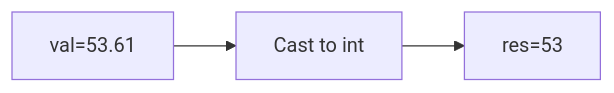
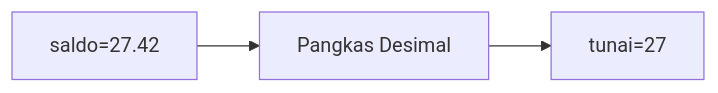
Diagram 16 of 25 in part-c-pemahaman-cpp/01-tipe-data/latihan/set-02.md (amnahwaida/OSNK_INF_PREP), drawn with Mermaid before and after one commit. The commit also changed other lines of this file and 71 other files, not shown here.

````diff
--- a/part-c-pemahaman-cpp/01-tipe-data/latihan/set-02.md
+++ b/part-c-pemahaman-cpp/01-tipe-data/latihan/set-02.md
@@ -430,5 +448,5 @@
 ```mermaid
 graph LR
-A["val=53.61"] --> B["Cast to int"]
-B --> C["res=53"]
+A["saldo=27.42"] --> B["Pangkas Desimal"]
+B --> C["tunai=27"]
 ```
````
